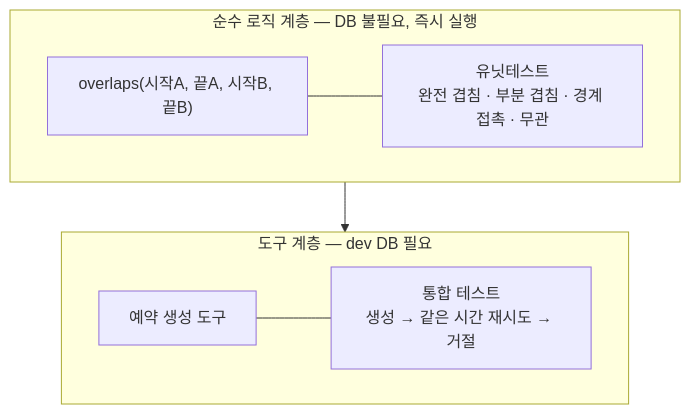
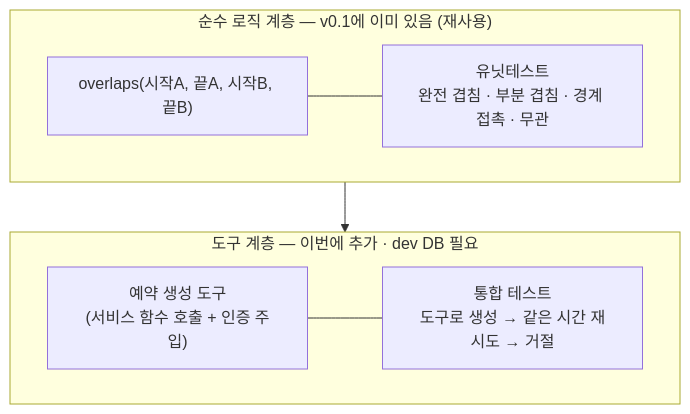
One commit to 2026-ai-service-engineering-a/ai_service_engineering-track_a changed the sixth of 9 diagrams in site/src/content/courses/ko/session-02.mdx. Above: the diagram before and after it, drawn with Mermaid. The commit also changed other lines of this file, not shown here.

````diff
--- a/site/src/content/courses/ko/session-02.mdx
+++ b/site/src/content/courses/ko/session-02.mdx
@@ -385,16 +425,16 @@
 ```mermaid
 flowchart TB
-    subgraph pure["순수 로직 계층 — DB 불필요, 즉시 실행"]
+    subgraph pure["순수 로직 계층 — v0.1에 이미 있음 (재사용)"]
         F["overlaps(시작A, 끝A, 시작B, 끝B)"]
         UT["유닛테스트<br/>완전 겹침 · 부분 겹침 · 경계 접촉 · 무관"]
         F --- UT
     end
 
-    subgraph integ["도구 계층 — dev DB 필요"]
-        T3["예약 생성 도구"]
-        IT["통합 테스트<br/>생성 → 같은 시간 재시도 → 거절"]
+    subgraph integ["도구 계층 — 이번에 추가 · dev DB 필요"]
+        T3["예약 생성 도구<br/>(서비스 함수 호출 + 인증 주입)"]
+        IT["통합 테스트<br/>도구로 생성 → 같은 시간 재시도 → 거절"]
         T3 --- IT
     end
 
     pure --> integ
 ```
````
